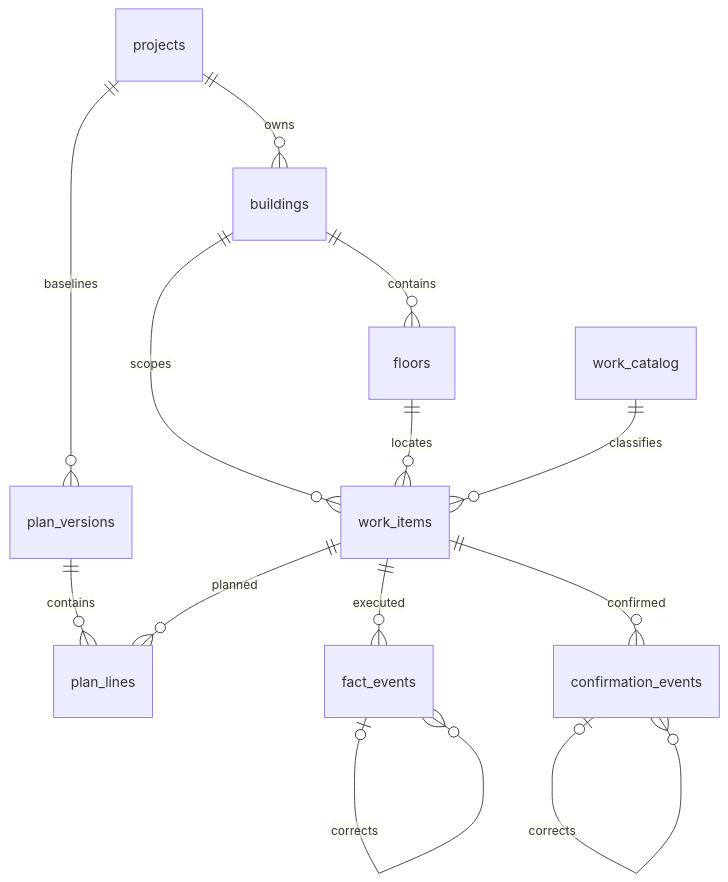
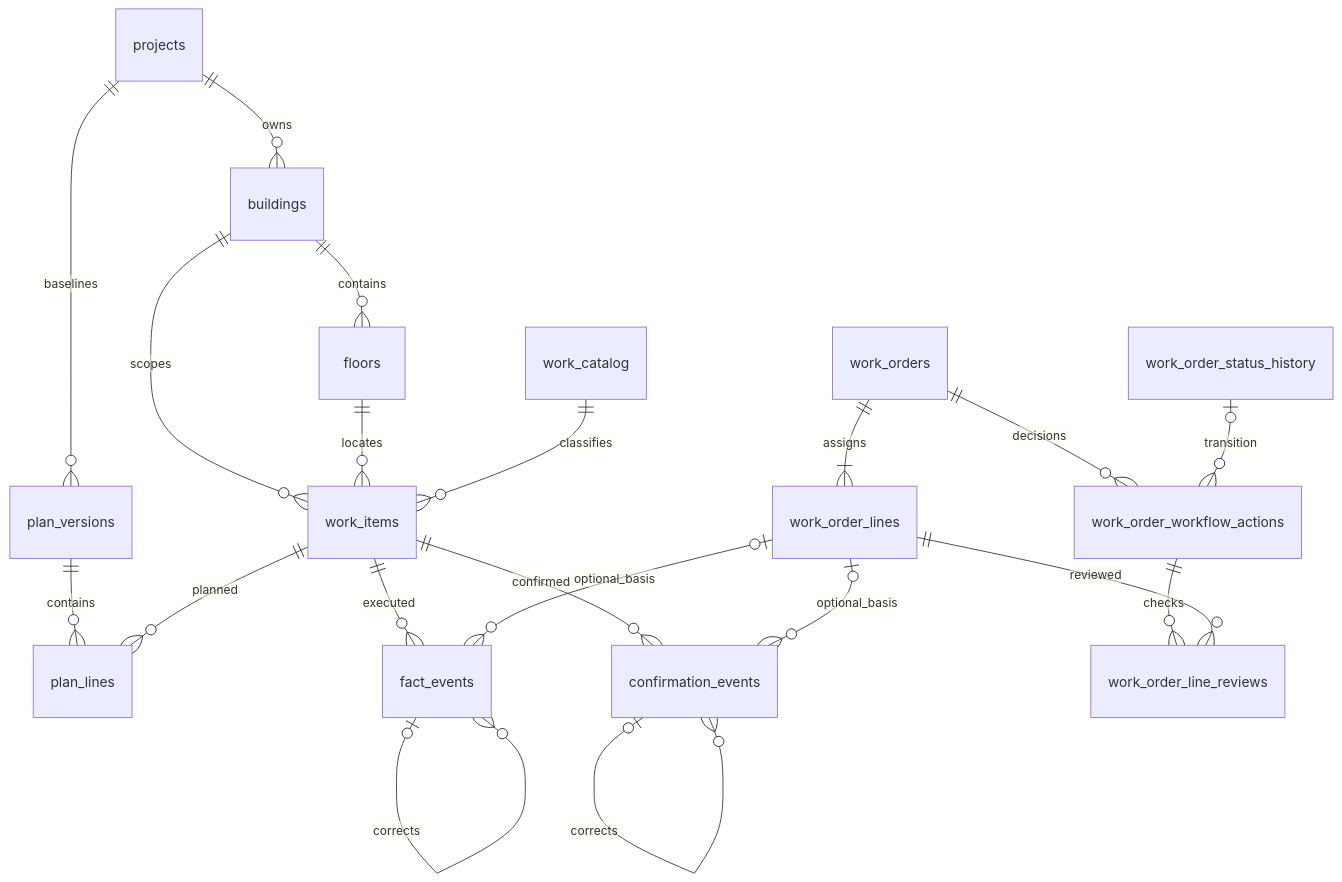
The diagram in docs/schema.md (homeporn/construction-progress), drawn with Mermaid before and after one commit. The commit also changed other lines of this file and 35 other files, not shown here.

First line of the commit message:
Stage 3.3: integrate work orders with fact and confirmation journals

````diff
--- a/docs/schema.md
+++ b/docs/schema.md
@@ -6,15 +6,22 @@
 ```mermaid
 erDiagram
     projects ||--o{ buildings : owns
     projects ||--o{ plan_versions : baselines
     buildings ||--o{ floors : contains
     buildings ||--o{ work_items : scopes
     floors ||--o{ work_items : locates
     work_catalog ||--o{ work_items : classifies
     plan_versions ||--o{ plan_lines : contains
     work_items ||--o{ plan_lines : planned
     work_items ||--o{ fact_events : executed
     work_items ||--o{ confirmation_events : confirmed
     fact_events o|--o{ fact_events : corrects
     confirmation_events o|--o{ confirmation_events : corrects
+    work_orders ||--|{ work_order_lines : assigns
+    work_order_lines o|--o{ fact_events : optional_basis
+    work_order_lines o|--o{ confirmation_events : optional_basis
+    work_orders ||--o{ work_order_workflow_actions : decisions
+    work_order_status_history o|--o{ work_order_workflow_actions : transition
+    work_order_workflow_actions ||--o{ work_order_line_reviews : checks
+    work_order_lines ||--o{ work_order_line_reviews : reviewed
 ```
````
